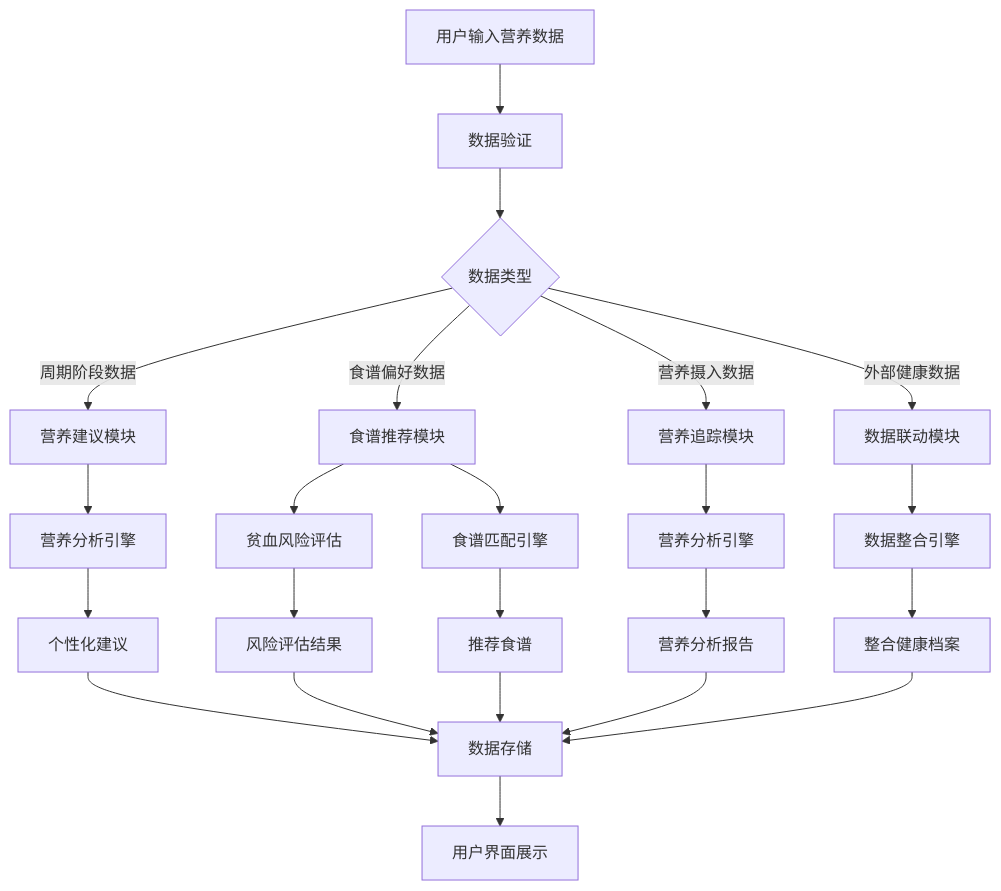
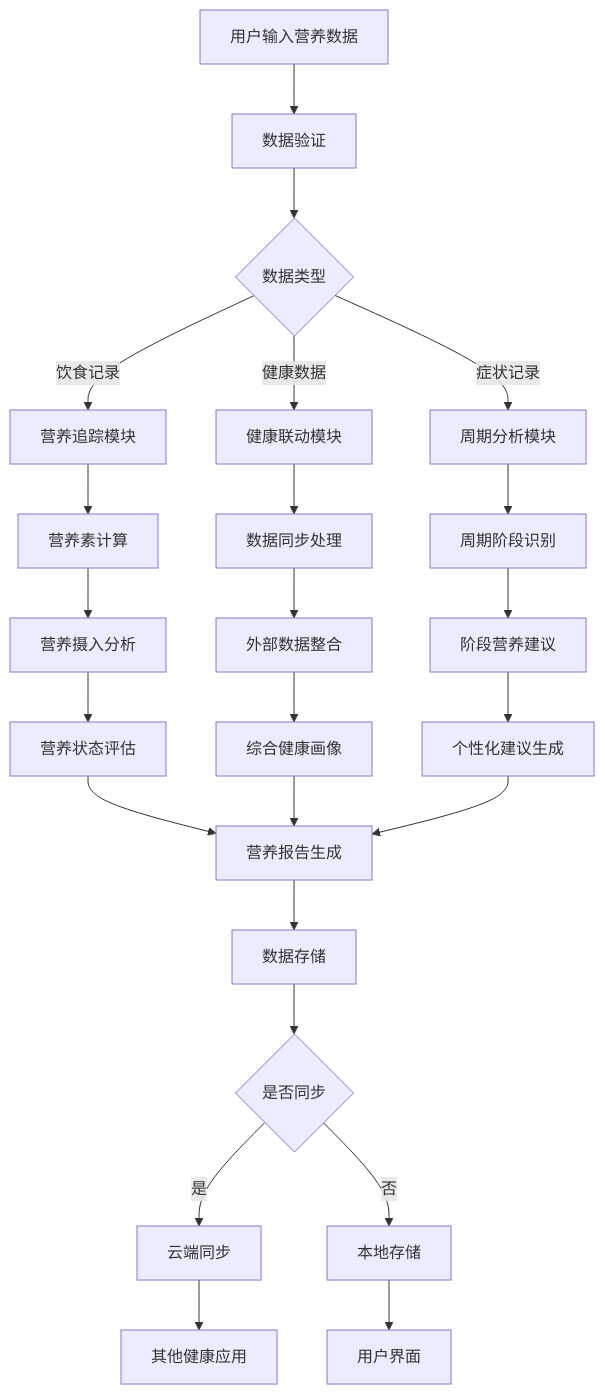
One commit to xiaomizhoubaobei/womenhealth-app changed the second of 2 diagrams in plans/NUTRITION_HEALTH_MANAGEMENT_PLAN.md. Above: the diagram before and after it, drawn with Mermaid. The commit also changed other lines of this file and 3 other files, not shown here.

````diff
--- a/plans/NUTRITION_HEALTH_MANAGEMENT_PLAN.md
+++ b/plans/NUTRITION_HEALTH_MANAGEMENT_PLAN.md
@@ -334,30 +349,33 @@
 ```mermaid
 flowchart TD
     A[用户输入营养数据] --> B[数据验证]
     B --> C{数据类型}
     
-    C -->|周期阶段数据| D[营养建议模块]
-    C -->|食谱偏好数据| E[食谱推荐模块]
-    C -->|营养摄入数据| F[营养追踪模块]
-    C -->|外部健康数据| G[数据联动模块]
+    C -->|饮食记录| D[营养追踪模块]
+    C -->|健康数据| E[健康联动模块]
+    C -->|症状记录| F[周期分析模块]
     
-    D --> H[营养分析引擎]
-    E --> I[贫血风险评估]
-    E --> J[食谱匹配引擎]
-    F --> K[营养分析引擎]
-    G --> L[数据整合引擎]
+    D --> G[营养素计算]
+    E --> H[数据同步处理]
+    F --> I[周期阶段识别]
     
-    H --> M[个性化建议]
-    I --> N[风险评估结果]
-    J --> O[推荐食谱]
-    K --> P[营养分析报告]
-    L --> Q[整合健康档案]
+    G --> J[营养摄入分析]
+    H --> K[外部数据整合]
+    I --> L[阶段营养建议]
     
-    M --> R[数据存储]
-    N --> R
-    O --> R
-    P --> R
-    Q --> R
+    J --> M[营养状态评估]
+    K --> N[综合健康画像]
+    L --> O[个性化建议生成]
     
-    R --> S[用户界面展示]
+    M --> P[营养报告生成]
+    N --> P
+    O --> P
+    
+    P --> Q[数据存储]
+    Q --> R{是否同步}
+    R -->|是| S[云端同步]
+    R -->|否| T[本地存储]
+    
+    S --> U[其他健康应用]
+    T --> V[用户界面]
 ```
````
